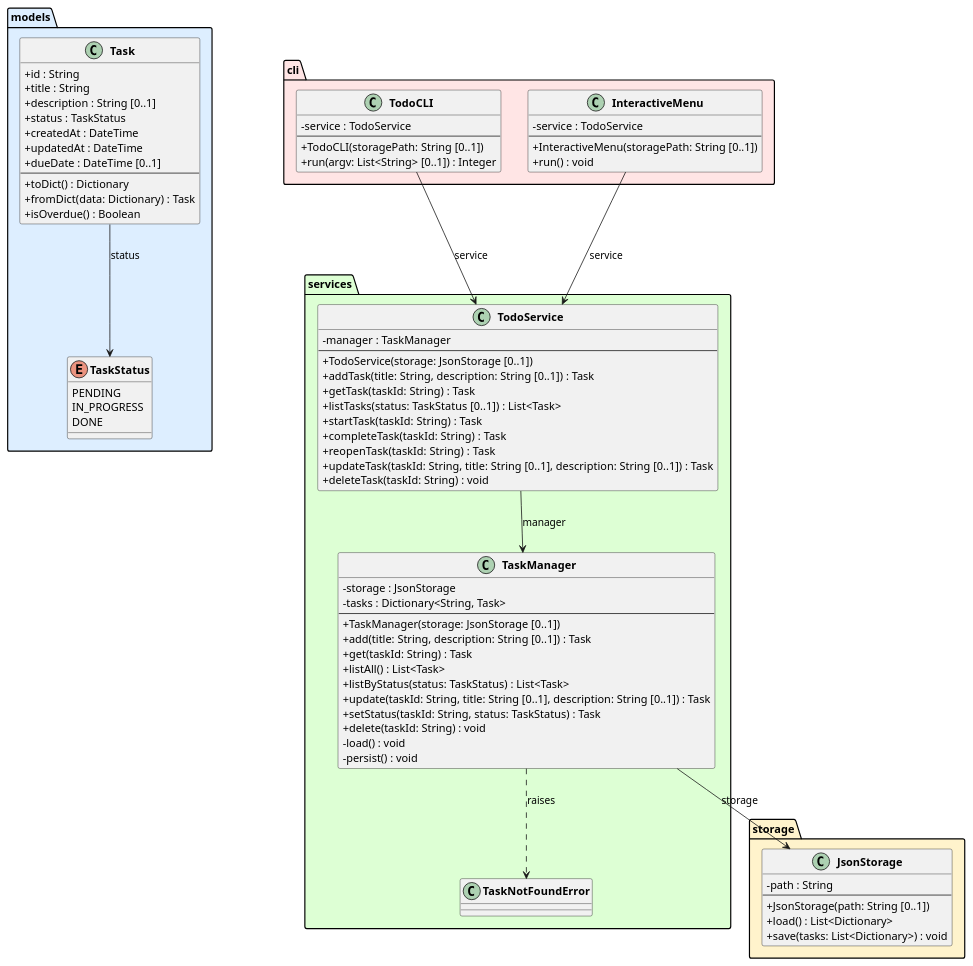
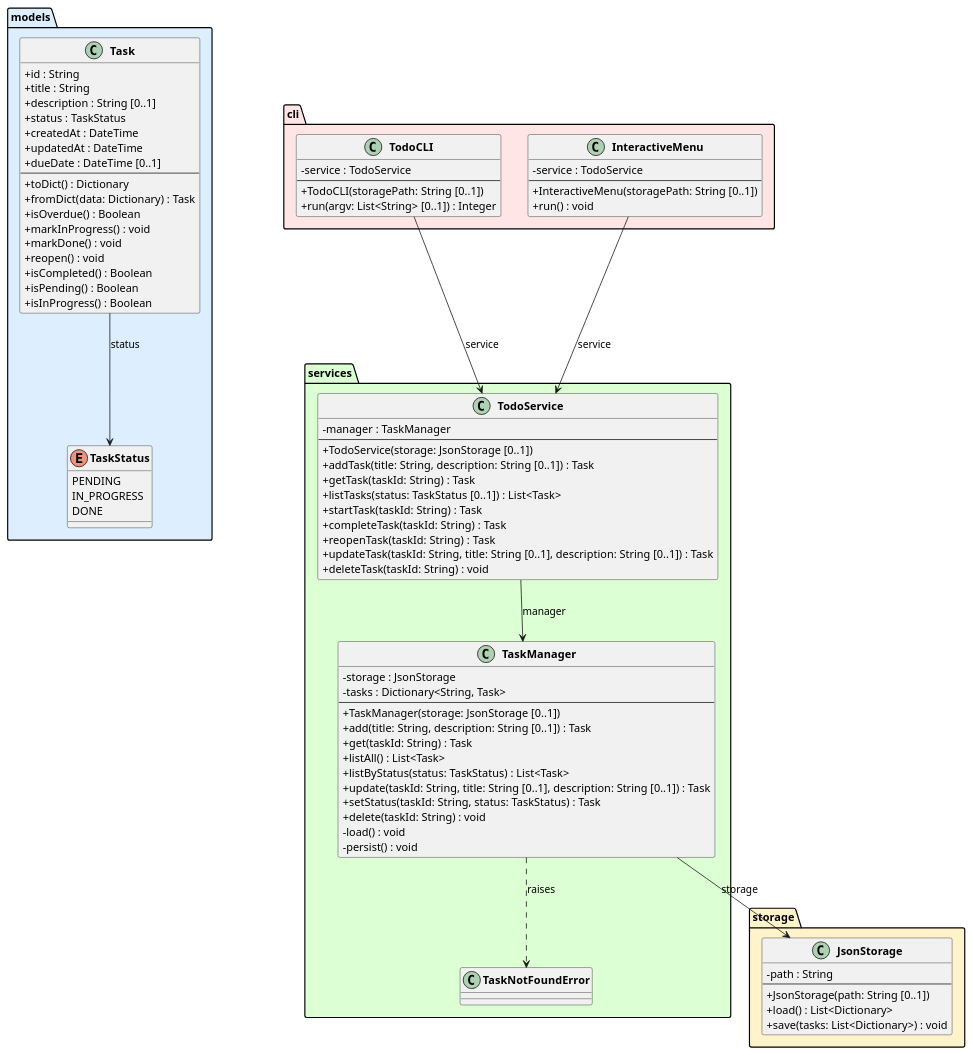
The diagram in experiments/broadcast/structured_text/TODO/artifacts/class_diagram.puml (DanielRiha8906/Software_autoevolution_using_agents), drawn with PlantUML before and after one commit. The commit also changed 7 other files, not shown here.

```diff
--- a/experiments/broadcast/structured_text/TODO/artifacts/class_diagram.puml
+++ b/experiments/broadcast/structured_text/TODO/artifacts/class_diagram.puml
@@ -1,96 +1,102 @@
 @startuml class_diagram
 
 skinparam classAttributeIconSize 0
 skinparam classFontStyle bold
 
 package "models" #DDEEFF {
     enum TaskStatus {
         PENDING
         IN_PROGRESS
         DONE
     }
 
     class Task {
         +id : String
         +title : String
         +description : String [0..1]
         +status : TaskStatus
         +createdAt : DateTime
         +updatedAt : DateTime
         +dueDate : DateTime [0..1]
         --
         +toDict() : Dictionary
         +fromDict(data: Dictionary) : Task
         +isOverdue() : Boolean
+        +markInProgress() : void
+        +markDone() : void
+        +reopen() : void
+        +isCompleted() : Boolean
+        +isPending() : Boolean
+        +isInProgress() : Boolean
     }
 }
 
 package "storage" #FFF3CC {
     class JsonStorage {
         -path : String
         --
         +JsonStorage(path: String [0..1])
         +load() : List<Dictionary>
         +save(tasks: List<Dictionary>) : void
     }
 }
 
 package "services" #DDFFD4 {
     class TaskNotFoundError {
     }
 
     class TaskManager {
         -storage : JsonStorage
         -tasks : Dictionary<String, Task>
         --
         +TaskManager(storage: JsonStorage [0..1])
         +add(title: String, description: String [0..1]) : Task
         +get(taskId: String) : Task
         +listAll() : List<Task>
         +listByStatus(status: TaskStatus) : List<Task>
         +update(taskId: String, title: String [0..1], description: String [0..1]) : Task
         +setStatus(taskId: String, status: TaskStatus) : Task
         +delete(taskId: String) : void
         -load() : void
         -persist() : void
     }
 
     class TodoService {
         -manager : TaskManager
         --
         +TodoService(storage: JsonStorage [0..1])
         +addTask(title: String, description: String [0..1]) : Task
         +getTask(taskId: String) : Task
         +listTasks(status: TaskStatus [0..1]) : List<Task>
         +startTask(taskId: String) : Task
         +completeTask(taskId: String) : Task
         +reopenTask(taskId: String) : Task
         +updateTask(taskId: String, title: String [0..1], description: String [0..1]) : Task
         +deleteTask(taskId: String) : void
     }
 }
 
 package "cli" #FFE5E5 {
     class TodoCLI {
         -service : TodoService
         --
         +TodoCLI(storagePath: String [0..1])
         +run(argv: List<String> [0..1]) : Integer
     }
 
     class InteractiveMenu {
         -service : TodoService
         --
         +InteractiveMenu(storagePath: String [0..1])
         +run() : void
     }
 }
 
 Task --> TaskStatus : status
 TaskManager --> JsonStorage : storage
 TaskManager ..> TaskNotFoundError : raises
 TodoService --> TaskManager : manager
 TodoCLI --> TodoService : service
 InteractiveMenu --> TodoService : service
 
 @enduml
```
